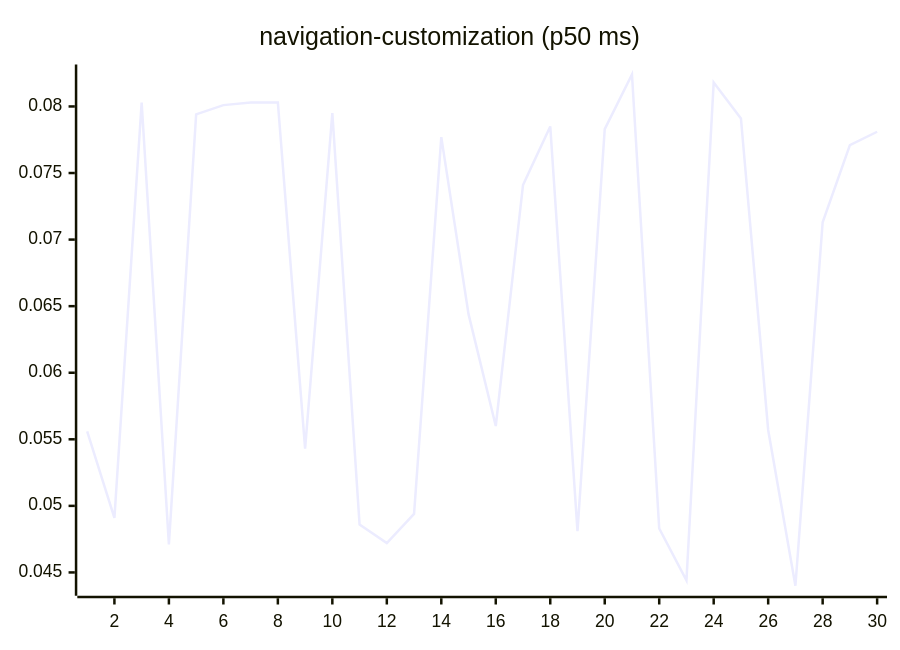
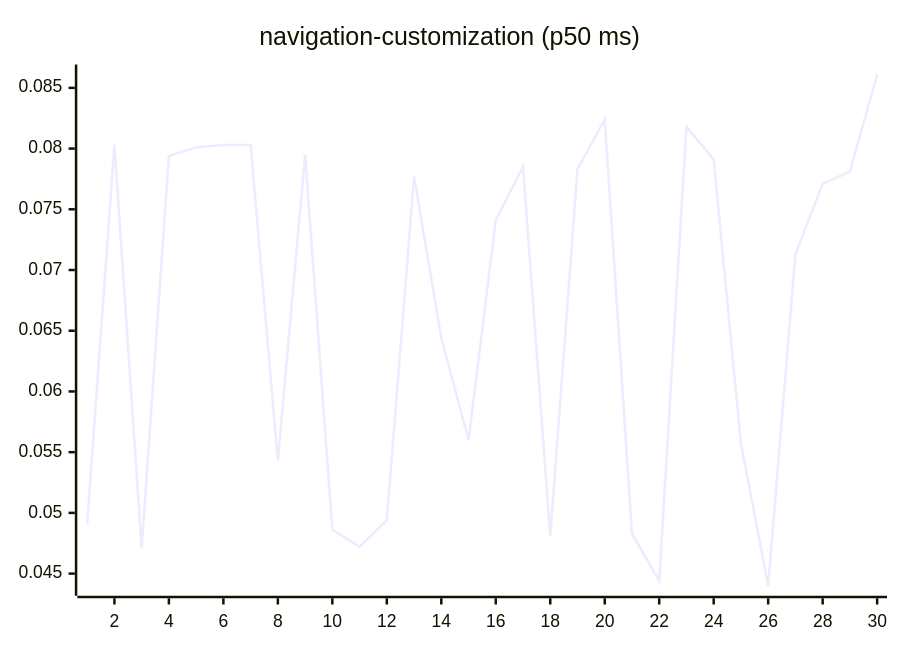
One commit to josha/Facet changed diagram 15 of 27 in README.md. Above: the diagram before and after it, drawn with Mermaid. The commit also changed other lines of this file and 2 other files, not shown here.

````diff
--- a/README.md
+++ b/README.md
@@ -161,6 +161,6 @@
 ```mermaid
 xychart-beta
     title "navigation-customization (p50 ms)"
     x-axis 1 --> 30
-    line [0.0556, 0.0491, 0.0803, 0.0471, 0.0794, 0.0801, 0.0803, 0.0803, 0.0543, 0.0795, 0.0486, 0.0472, 0.0494, 0.0777, 0.0644, 0.0560, 0.0741, 0.0785, 0.0481, 0.0783, 0.0824, 0.0483, 0.0444, 0.0818, 0.0791, 0.0557, 0.0440, 0.0713, 0.0771, 0.0781]
+    line [0.0491, 0.0803, 0.0471, 0.0794, 0.0801, 0.0803, 0.0803, 0.0543, 0.0795, 0.0486, 0.0472, 0.0494, 0.0777, 0.0644, 0.0560, 0.0741, 0.0785, 0.0481, 0.0783, 0.0824, 0.0483, 0.0444, 0.0818, 0.0791, 0.0557, 0.0440, 0.0713, 0.0771, 0.0781, 0.0861]
 ```
````
